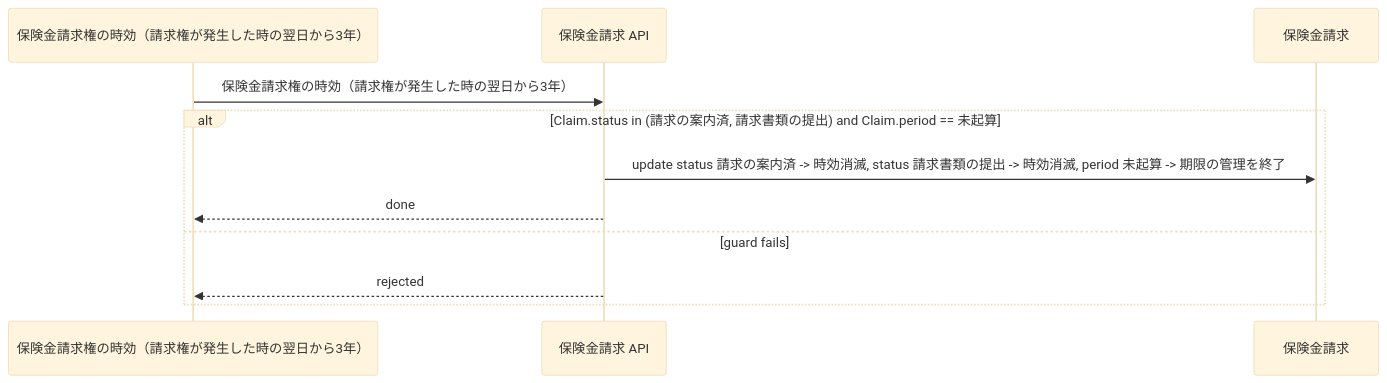
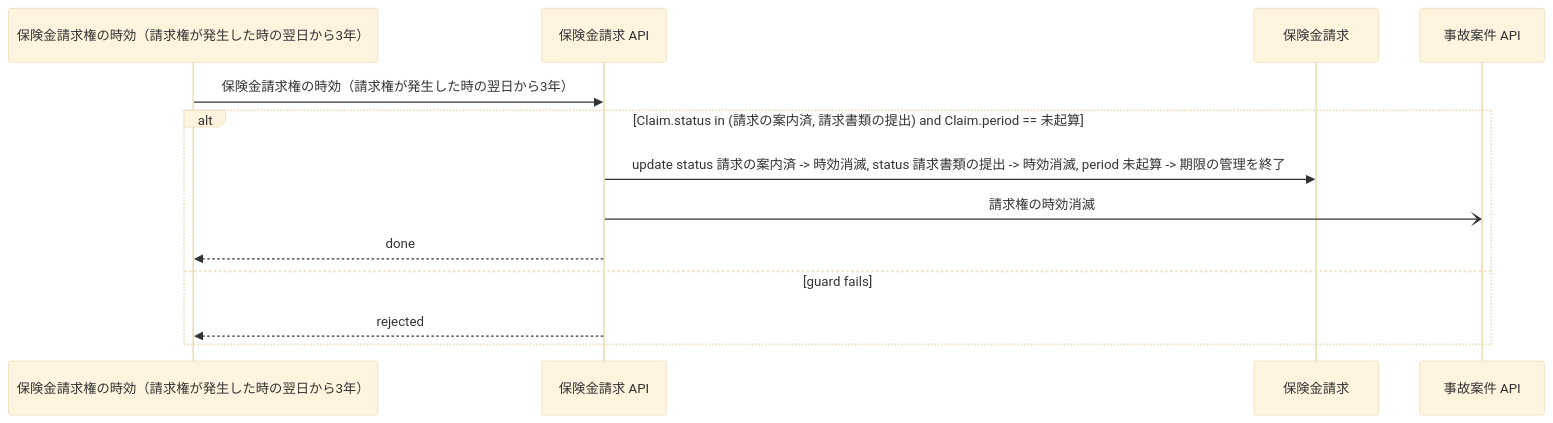
One commit to manji-0/rdra-ish-dsl changed the diagram in samples/insurance-claim-ops/out/uc/sequence_TimeBarClaim.mmd. Above: the diagram before and after it, drawn with Mermaid (base theme). The commit also changed 24 other files, not shown here.

```diff
--- a/samples/insurance-claim-ops/out/uc/sequence_TimeBarClaim.mmd
+++ b/samples/insurance-claim-ops/out/uc/sequence_TimeBarClaim.mmd
@@ -1,14 +1,16 @@
 %% rdra-ish diagram=sequence scope=usecase:TimeBarClaim model=samples/insurance-claim-ops
 %% kinds: timer api entity
-%% omitted: buc step
+%% omitted: buc step event
 sequenceDiagram
   participant timer__ClaimLimitation as 保険金請求権の時効（請求権が発生した時の翌日から3年）
   participant api__ClaimApi as 保険金請求 API
   participant entity__Claim as 保険金請求
+  participant api__CaseApi as 事故案件 API
   timer__ClaimLimitation ->> api__ClaimApi: 保険金請求権の時効（請求権が発生した時の翌日から3年）
   alt Claim.status in (請求の案内済, 請求書類の提出) and Claim.period == 未起算
     api__ClaimApi ->> entity__Claim: update status 請求の案内済 -> 時効消滅, status 請求書類の提出 -> 時効消滅, period 未起算 -> 期限の管理を終了
+    api__ClaimApi -) api__CaseApi: 請求権の時効消滅
     api__ClaimApi -->> timer__ClaimLimitation: done
   else guard fails
     api__ClaimApi -->> timer__ClaimLimitation: rejected
   end
```
